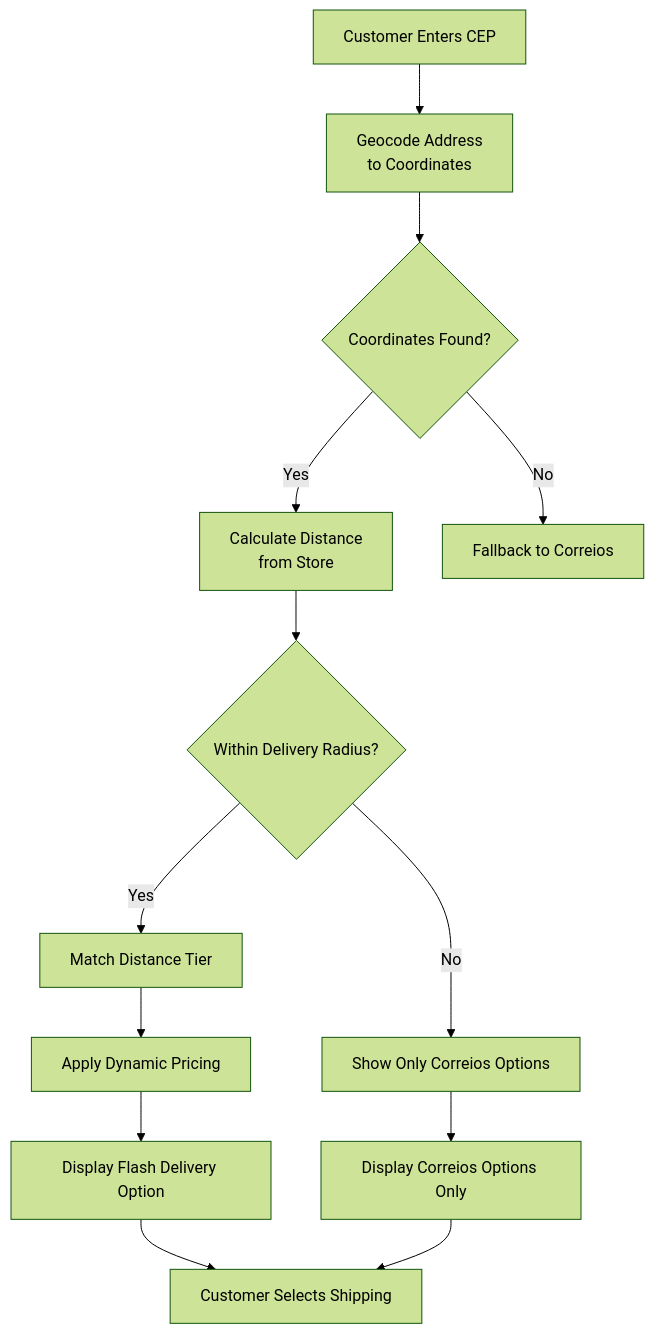
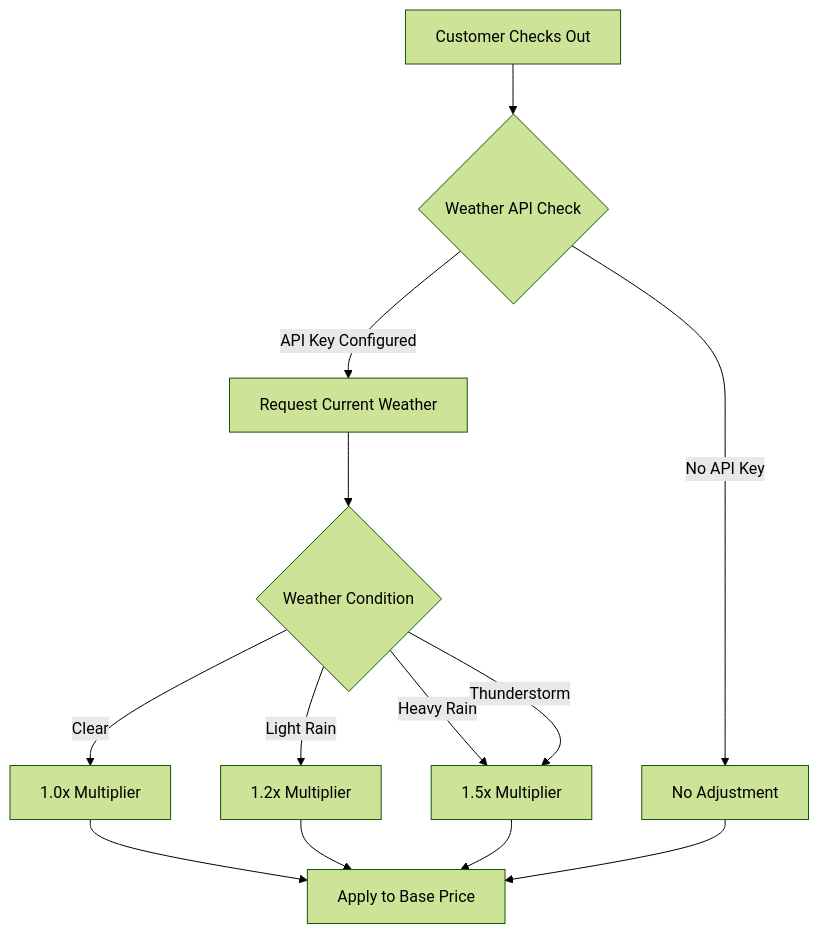
The diagram in docs/USER_GUIDE.md (gustavofullstack/Woo_envios), drawn with Mermaid (forest theme) before and after one commit. The commit also changed other lines of this file and 5 other files, not shown here.

````diff
--- a/docs/USER_GUIDE.md
+++ b/docs/USER_GUIDE.md
@@ -114,15 +232,15 @@
 ```mermaid
 graph TD
-    A[Customer Enters CEP] --> B[Geocode Address<br/>to Coordinates]
-    B --> C{Coordinates Found?}
-    C -->|Yes| D[Calculate Distance<br/>from Store]
-    C -->|No| E[Fallback to Correios]
-    D --> F{Within Delivery Radius?}
-    F -->|Yes| G[Match Distance Tier]
-    F -->|No| H[Show Only Correios Options]
-    G --> I[Apply Dynamic Pricing]
-    I --> J[Display Flash Delivery Option]
-    H --> K[Display Correios Options Only]
-    J --> L[Customer Selects Shipping]
-    K --> L
+    A[Customer Checks Out] --> B{Weather API Check}
+    B -->|API Key Configured| C[Request Current Weather]
+    B -->|No API Key| D[No Adjustment]
+    C --> E{Weather Condition}
+    E -->|Clear| F[1.0x Multiplier]
+    E -->|Light Rain| G[1.2x Multiplier]
+    E -->|Heavy Rain| H[1.5x Multiplier]
+    E -->|Thunderstorm| H
+    F --> I[Apply to Base Price]
+    G --> I
+    H --> I
+    D --> I
 ```
````
